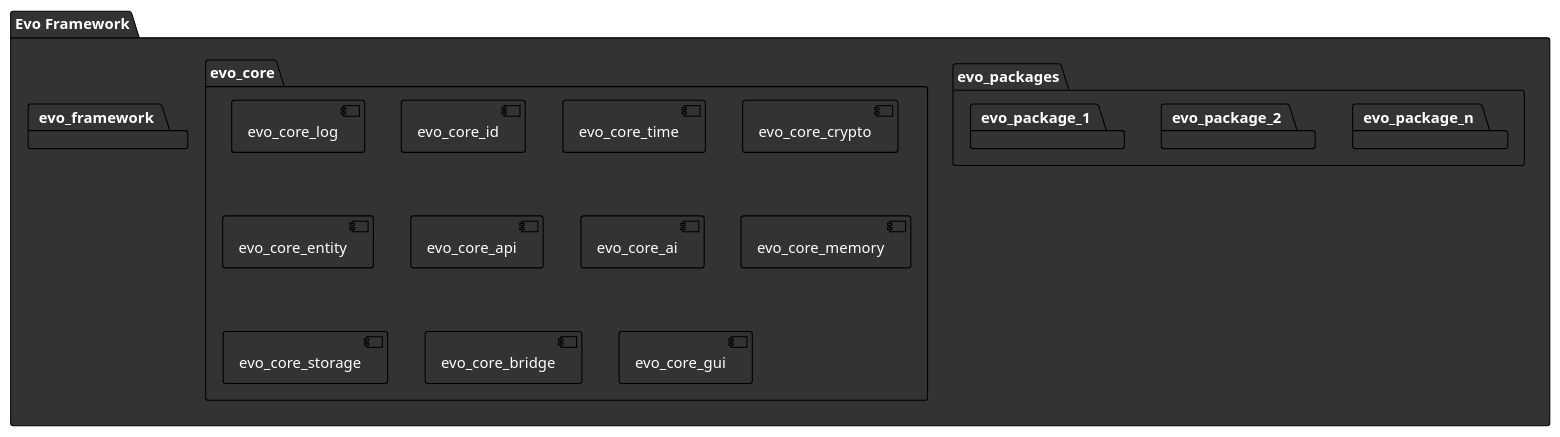
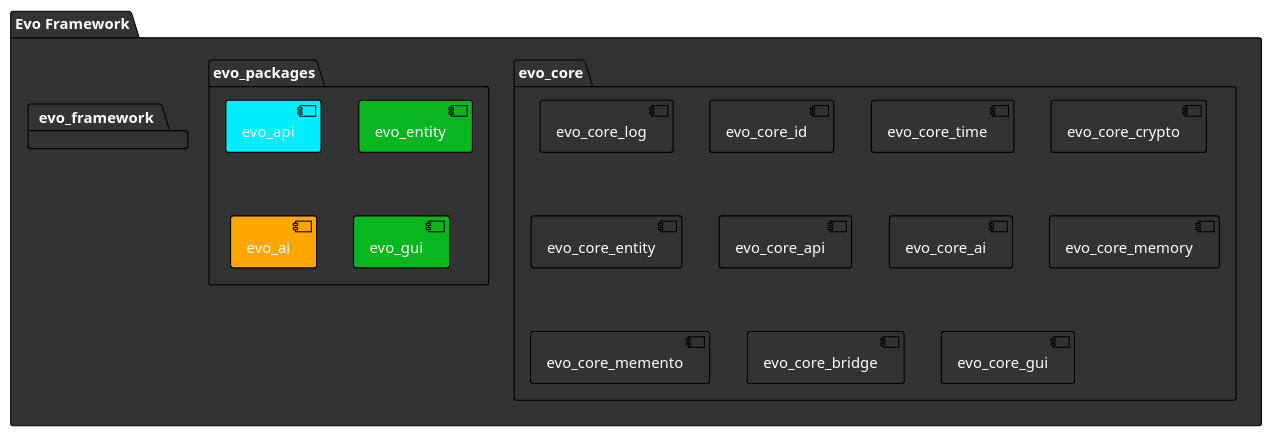
One commit to cyborg-ai-git/doc_evo_framework_ai changed the diagram in data/evo_package.puml. Above: the diagram before and after it, drawn with PlantUML. The commit also changed 9 other files, not shown here.

```diff
--- a/data/evo_package.puml
+++ b/data/evo_package.puml
@@ -1,53 +1,45 @@
 @startuml
 !theme plain
 
 ' Global dark theme
-skinparam backgroundColor #00000FF
+skinparam BackgroundColor transparent
 skinparam defaultFontColor #FFFFFFF
 
 package "Evo Framework" #333333{
-
-
 
  package "evo_framework"  #333333{
 
 
   }
 
-  package "evo_packages"  #333333{
-  package "evo_package_n"  #333333{
-         }
-     package "evo_package_2"  #333333{
-
-
-          }
-      package "evo_package_1"  #333333{
-
-
-       }
-
-
-
-    }
 
    package "evo_core"  #333333{
 
      [evo_core_log]  #333333
       [evo_core_id]  #333333
       [evo_core_time]  #333333
       [evo_core_crypto]  #333333
       [evo_core_entity]  #333333
        [evo_core_api]  #333333
         [evo_core_ai] #333333
          [evo_core_memory] #333333
-          [evo_core_storage] #333333
+          [evo_core_memento] #333333
           [evo_core_bridge] #333333
           [evo_core_gui] #333333
    }
+
+       package "evo_packages"  #333333{
+
+             [evo_api]  #00eeff
+             [evo_entity] #09b620
+             [evo_ai]  #ffa600
+             [evo_gui] #09b620
+            }
+
 
 
 }
 
 
 
 @enduml
```
